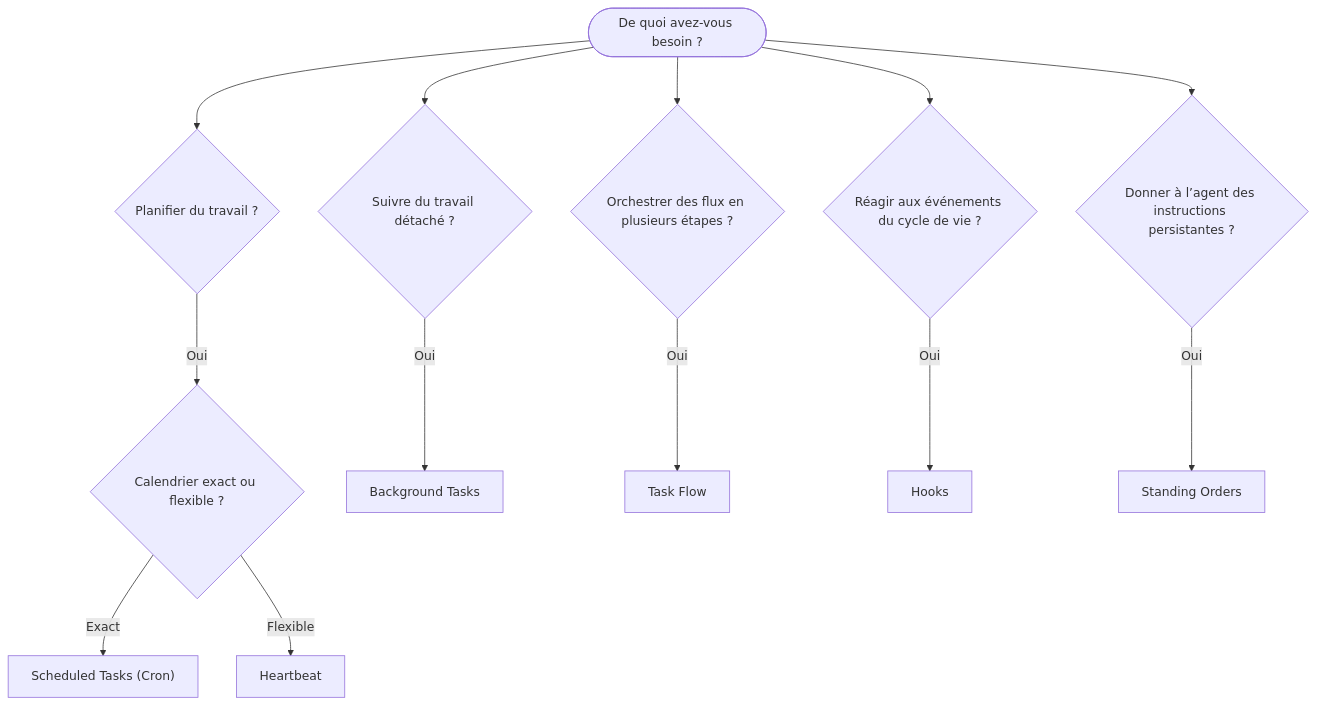
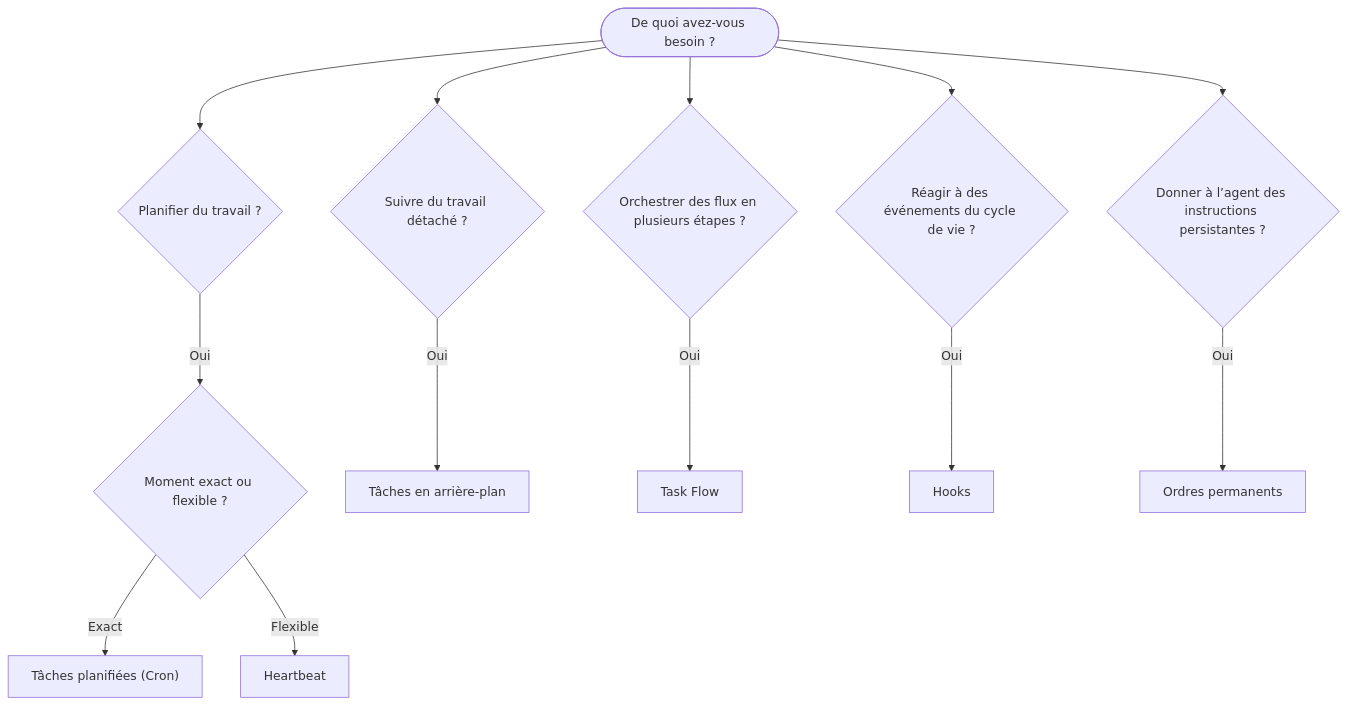
Before and after one commit to daichangya/openclaw-docs: the diagram in docs/fr/automation/index.md, drawn with Mermaid. The commit also changed other lines of this file and 440 other files, not shown here.

````diff
--- a/docs/fr/automation/index.md
+++ b/docs/fr/automation/index.md
@@ -23,17 +21,17 @@
 ```mermaid
 flowchart TD
     START([De quoi avez-vous besoin ?]) --> Q1{Planifier du travail ?}
     START --> Q2{Suivre du travail détaché ?}
     START --> Q3{Orchestrer des flux en plusieurs étapes ?}
-    START --> Q4{Réagir aux événements du cycle de vie ?}
+    START --> Q4{Réagir à des événements du cycle de vie ?}
     START --> Q5{Donner à l’agent des instructions persistantes ?}
 
-    Q1 -->|Oui| Q1a{Calendrier exact ou flexible ?}
-    Q1a -->|Exact| CRON["Scheduled Tasks (Cron)"]
+    Q1 -->|Oui| Q1a{Moment exact ou flexible ?}
+    Q1a -->|Exact| CRON["Tâches planifiées (Cron)"]
     Q1a -->|Flexible| HEARTBEAT[Heartbeat]
 
-    Q2 -->|Oui| TASKS[Background Tasks]
+    Q2 -->|Oui| TASKS[Tâches en arrière-plan]
     Q3 -->|Oui| FLOW[Task Flow]
     Q4 -->|Oui| HOOKS[Hooks]
-    Q5 -->|Oui| SO[Standing Orders]
+    Q5 -->|Oui| SO[Ordres permanents]
 ```
````
